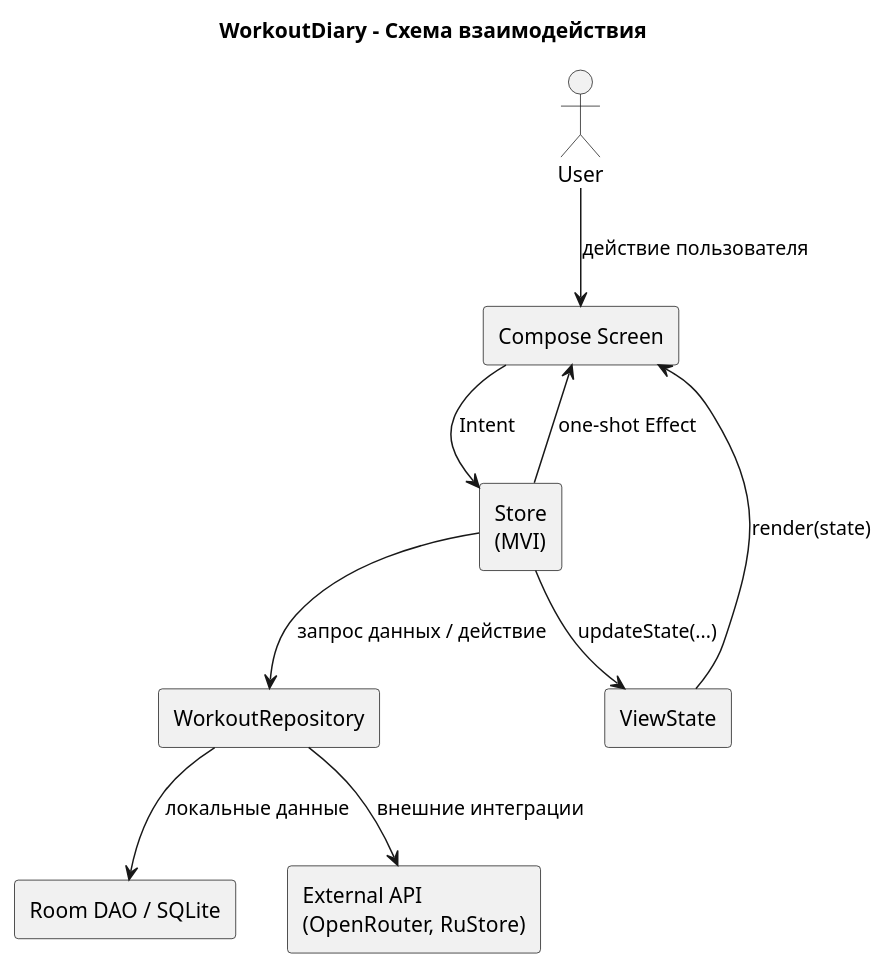
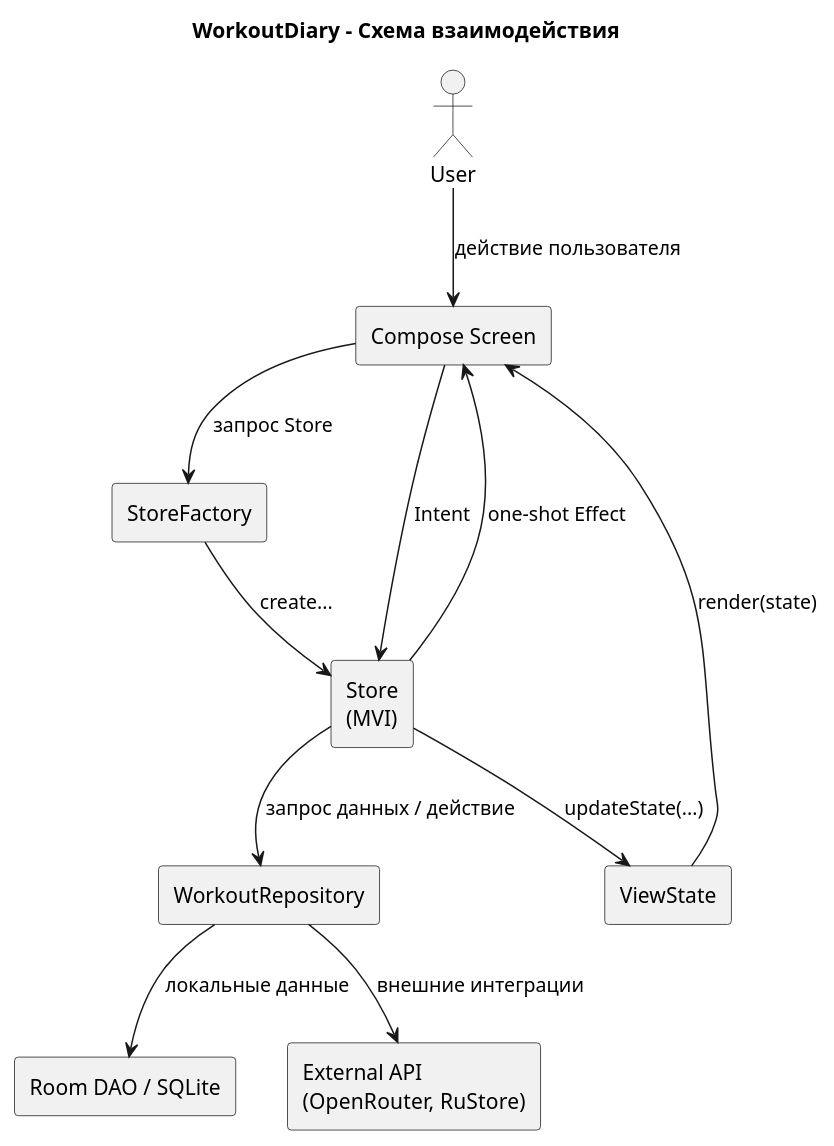
One commit to BestPricklyCactus/WorkoutDiary changed the diagram in docs/uml/interaction_diagram.puml. Above: the diagram before and after it, drawn with PlantUML. The commit also changed 6 other files, not shown here.

Commit message:
Обновила README.md и диаграммы

```diff
--- a/docs/uml/interaction_diagram.puml
+++ b/docs/uml/interaction_diagram.puml
@@ -1,26 +1,29 @@
 @startuml
 title WorkoutDiary - Схема взаимодействия
 
 skinparam backgroundColor white
 skinparam componentStyle rectangle
 skinparam shadowing false
 skinparam defaultFontName Arial
 
 actor User
 rectangle "Compose Screen" as UI
+rectangle "StoreFactory" as StoreFactory
 rectangle "Store\n(MVI)" as Store
 rectangle "ViewState" as State
 rectangle "WorkoutRepository" as Repo
 rectangle "Room DAO / SQLite" as Room
 rectangle "External API\n(OpenRouter, RuStore)" as Api
 
 User --> UI : действие пользователя
+UI --> StoreFactory : запрос Store
+StoreFactory --> Store : create...
 UI --> Store : Intent
 Store --> State : updateState(...)
 State --> UI : render(state)
 Store --> UI : one-shot Effect
 Store --> Repo : запрос данных / действие
 Repo --> Room : локальные данные
 Repo --> Api : внешние интеграции
 
 @enduml
```
